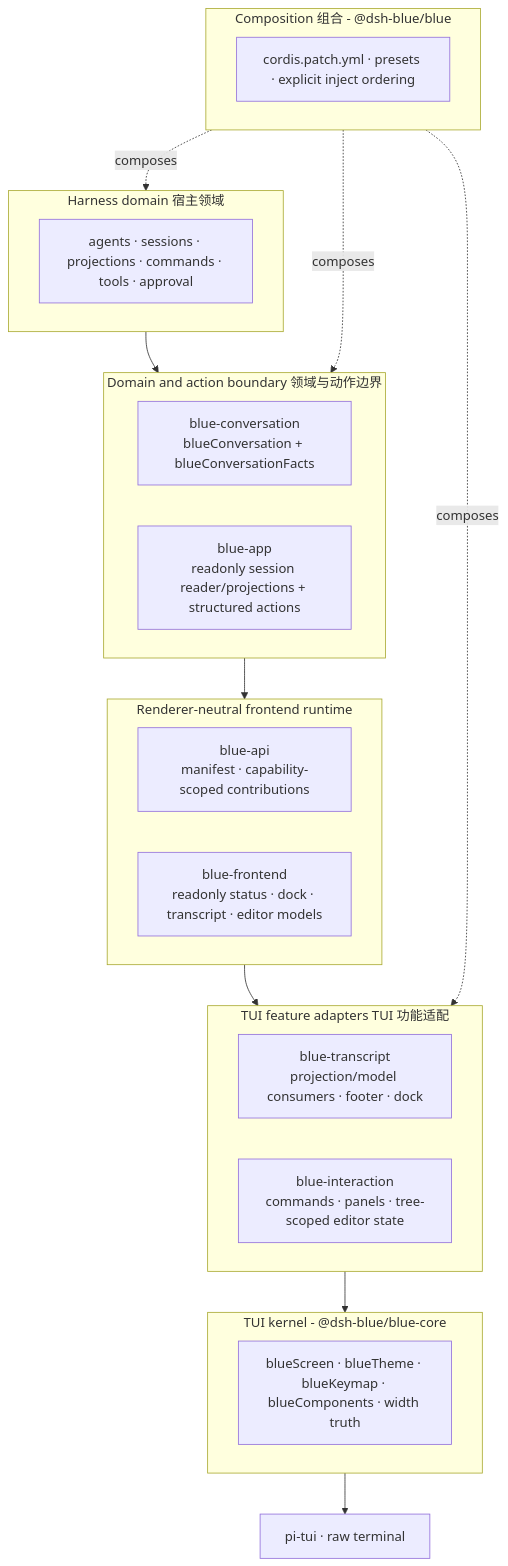
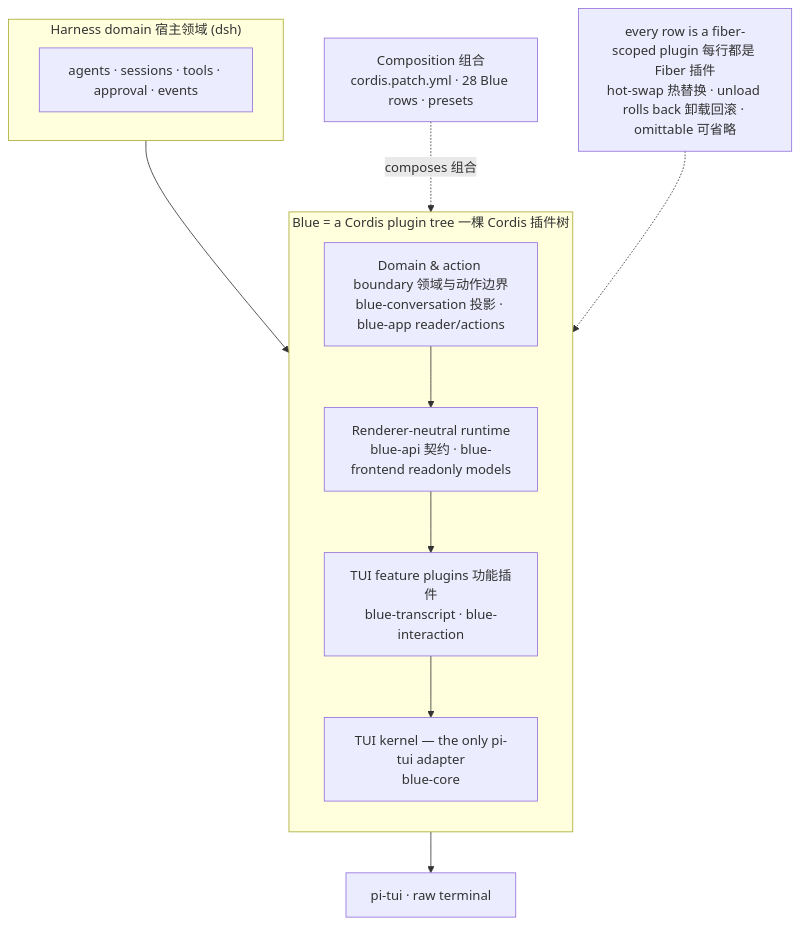
Before and after one commit to dsh-blue/blue: the diagram in docs/diagrams/blue-layers.mmd, drawn with Mermaid. The commit also changed 45 other files, not shown here.

```diff
--- a/docs/diagrams/blue-layers.mmd
+++ b/docs/diagrams/blue-layers.mmd
@@ -1,32 +1,20 @@
 flowchart TB
-    subgraph C["Composition 组合 - @dsh-blue/blue"]
-        patch["cordis.patch.yml · presets · explicit inject ordering"]
+    subgraph H["Harness domain 宿主领域 (dsh)"]
+        harness["agents · sessions · tools · approval · events"]
     end
-    subgraph H["Harness domain 宿主领域"]
-        harness["agents · sessions · projections · commands · tools · approval"]
+    subgraph TREE["Blue = a Cordis plugin tree 一棵 Cordis 插件树"]
+        direction TB
+        D["Domain & action boundary 领域与动作边界\nblue-conversation 投影 · blue-app reader/actions"]
+        F["Renderer-neutral runtime\nblue-api 契约 · blue-frontend readonly models"]
+        R["TUI feature plugins 功能插件\nblue-transcript · blue-interaction"]
+        K["TUI kernel — the only pi-tui adapter\nblue-core"]
+        D --> F --> R --> K
     end
-    subgraph D["Domain and action boundary 领域与动作边界"]
-        conversation["blue-conversation\nblueConversation + blueConversationFacts"]
-        app["blue-app\nreadonly session reader/projections + structured actions"]
-    end
-    subgraph F["Renderer-neutral frontend runtime"]
-        api["blue-api\nmanifest · capability-scoped contributions"]
-        models["blue-frontend\nreadonly status · dock · transcript · editor models"]
-    end
-    subgraph R["TUI feature adapters TUI 功能适配"]
-        transcript["blue-transcript\nprojection/model consumers · footer · dock"]
-        interaction["blue-interaction\ncommands · panels · tree-scoped editor state"]
-    end
-    subgraph K["TUI kernel - @dsh-blue/blue-core"]
-        core["blueScreen · blueTheme · blueKeymap · blueComponents · width truth"]
-    end
-    pitui["pi-tui · raw terminal"]
+    C["Composition 组合\ncordis.patch.yml · 28 Blue rows · presets"]
+    S["every row is a fiber-scoped plugin 每行都是 Fiber 插件\nhot-swap 热替换 · unload rolls back 卸载回滚 · omittable 可省略"]
+    P["pi-tui · raw terminal"]
 
     H --> D
-    D --> F
-    F --> R
-    R --> K
-    K --> pitui
-    C -. composes .-> H
-    C -. composes .-> D
-    C -. composes .-> R
+    K --> P
+    C -. composes 组合 .-> TREE
+    S -.-> TREE
```
